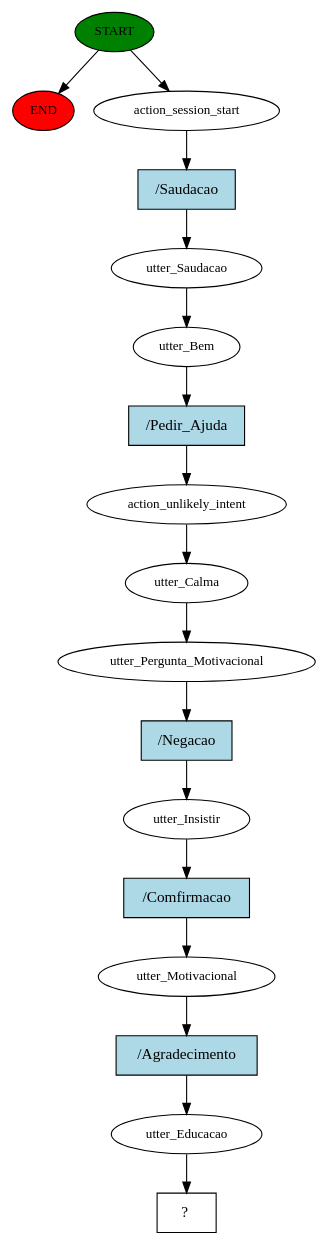
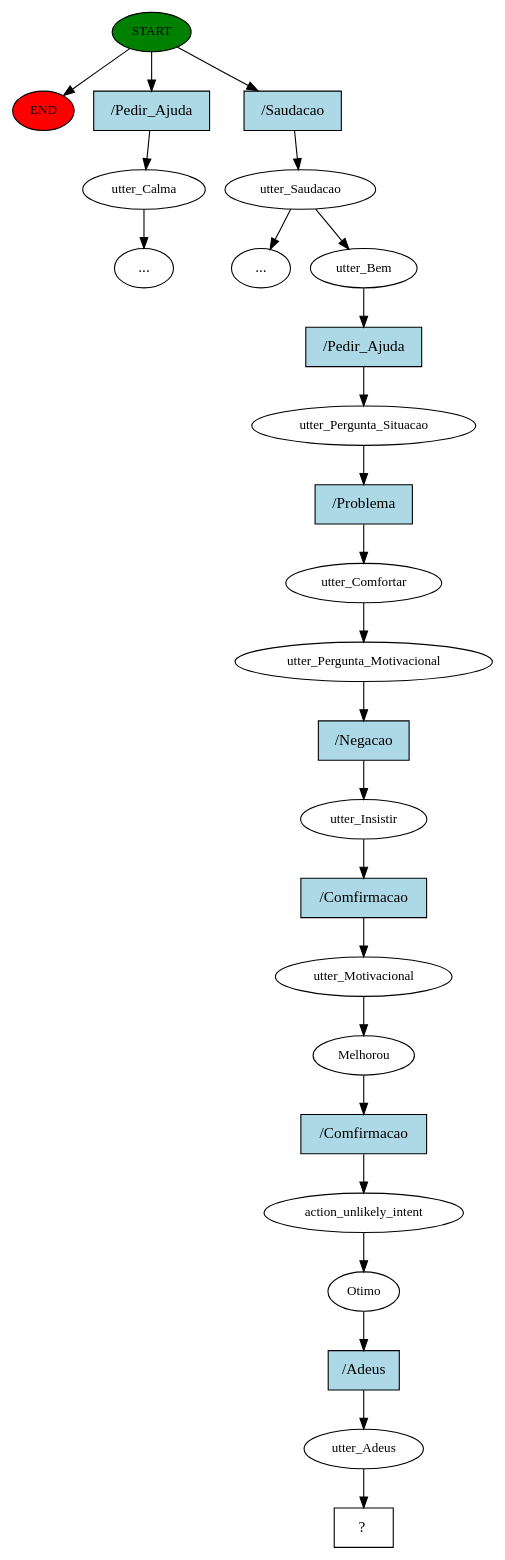
The diagram in Rasa/story_graph.dot (JulioBrych/Bot-PLN), drawn with Graphviz before and after one commit. The commit also changed 79 other files, not shown here.

```diff
--- a/Rasa/story_graph.dot
+++ b/Rasa/story_graph.dot
@@ -1,35 +1,51 @@
 digraph  {
 0 [class="start active", fillcolor=green, fontsize=12, label=START, style=filled];
 "-1" [class=end, fillcolor=red, fontsize=12, label=END, style=filled];
-1 [class=active, fontsize=12, label=action_session_start];
-2 [class=active, fontsize=12, label=utter_Saudacao];
-3 [class=active, fontsize=12, label=utter_Bem];
-4 [class=active, fontsize=12, label=action_unlikely_intent];
-5 [class=active, fontsize=12, label=utter_Calma];
-6 [class=active, fontsize=12, label=utter_Pergunta_Motivacional];
-7 [class=active, fontsize=12, label=utter_Insistir];
-8 [class=active, fontsize=12, label=utter_Motivacional];
-9 [class=active, fontsize=12, label=utter_Educacao];
-10 [class="intent dashed active", label="  ?  ", shape=rect];
-11 [class="intent active", fillcolor=lightblue, label="/Saudacao", shape=rect, style=filled];
-12 [class="intent active", fillcolor=lightblue, label="/Pedir_Ajuda", shape=rect, style=filled];
-13 [class="intent active", fillcolor=lightblue, label="/Negacao", shape=rect, style=filled];
-14 [class="intent active", fillcolor=lightblue, label="/Comfirmacao", shape=rect, style=filled];
-15 [class="intent active", fillcolor=lightblue, label="/Agradecimento", shape=rect, style=filled];
+1 [class="", fontsize=12, label=utter_Calma];
+"-7" [class=ellipsis, label="..."];
+6 [class=active, fontsize=12, label=utter_Saudacao];
+"-8" [class=ellipsis, label="..."];
+8 [class=active, fontsize=12, label=utter_Bem];
+9 [class=active, fontsize=12, label=utter_Pergunta_Situacao];
+10 [class=active, fontsize=12, label=utter_Comfortar];
+11 [class=active, fontsize=12, label=utter_Pergunta_Motivacional];
+12 [class=active, fontsize=12, label=utter_Insistir];
+13 [class=active, fontsize=12, label=utter_Motivacional];
+14 [class=active, fontsize=12, label=Melhorou];
+15 [class=active, fontsize=12, label=action_unlikely_intent];
+16 [class=active, fontsize=12, label=Otimo];
+17 [class=active, fontsize=12, label=utter_Adeus];
+18 [class="intent dashed active", label="  ?  ", shape=rect];
+19 [class=intent, fillcolor=lightblue, label="/Pedir_Ajuda", shape=rect, style=filled];
+20 [class="intent active", fillcolor=lightblue, label="/Saudacao", shape=rect, style=filled];
+21 [class="intent active", fillcolor=lightblue, label="/Pedir_Ajuda", shape=rect, style=filled];
+22 [class="intent active", fillcolor=lightblue, label="/Problema", shape=rect, style=filled];
+23 [class="intent active", fillcolor=lightblue, label="/Negacao", shape=rect, style=filled];
+24 [class="intent active", fillcolor=lightblue, label="/Comfirmacao", shape=rect, style=filled];
+25 [class="intent active", fillcolor=lightblue, label="/Comfirmacao", shape=rect, style=filled];
+26 [class="intent active", fillcolor=lightblue, label="/Adeus", shape=rect, style=filled];
 0 -> "-1"  [class="", key=NONE, label=""];
-0 -> 1  [class=active, key=NONE, label=""];
-1 -> 11  [class=active, key=0];
-2 -> 3  [class=active, key=NONE, label=""];
-3 -> 12  [class=active, key=0];
-4 -> 5  [class=active, key=NONE, label=""];
-5 -> 6  [class=active, key=NONE, label=""];
-6 -> 13  [class=active, key=0];
-7 -> 14  [class=active, key=0];
-8 -> 15  [class=active, key=0];
-9 -> 10  [class=active, key=NONE, label=""];
-11 -> 2  [class=active, key=0];
-12 -> 4  [class=active, key=0];
-13 -> 7  [class=active, key=0];
-14 -> 8  [class=active, key=0];
-15 -> 9  [class=active, key=0];
+0 -> 19  [class="", key=0];
+0 -> 20  [class=active, key=0];
+1 -> "-7"  [class="", key=NONE, label=""];
+6 -> "-8"  [class="", key=NONE, label=""];
+6 -> 8  [class=active, key=NONE, label=""];
+8 -> 21  [class=active, key=0];
+9 -> 22  [class=active, key=0];
+10 -> 11  [class=active, key=NONE, label=""];
+11 -> 23  [class=active, key=0];
+12 -> 24  [class=active, key=0];
+13 -> 14  [class=active, key=NONE, label=""];
+14 -> 25  [class=active, key=0];
+15 -> 16  [class=active, key=NONE, label=""];
+16 -> 26  [class=active, key=0];
+17 -> 18  [class=active, key=NONE, label=""];
+19 -> 1  [class="", key=0];
+20 -> 6  [class=active, key=0];
+21 -> 9  [class=active, key=0];
+22 -> 10  [class=active, key=0];
+23 -> 12  [class=active, key=0];
+24 -> 13  [class=active, key=0];
+25 -> 15  [class=active, key=0];
+26 -> 17  [class=active, key=0];
 }
```
